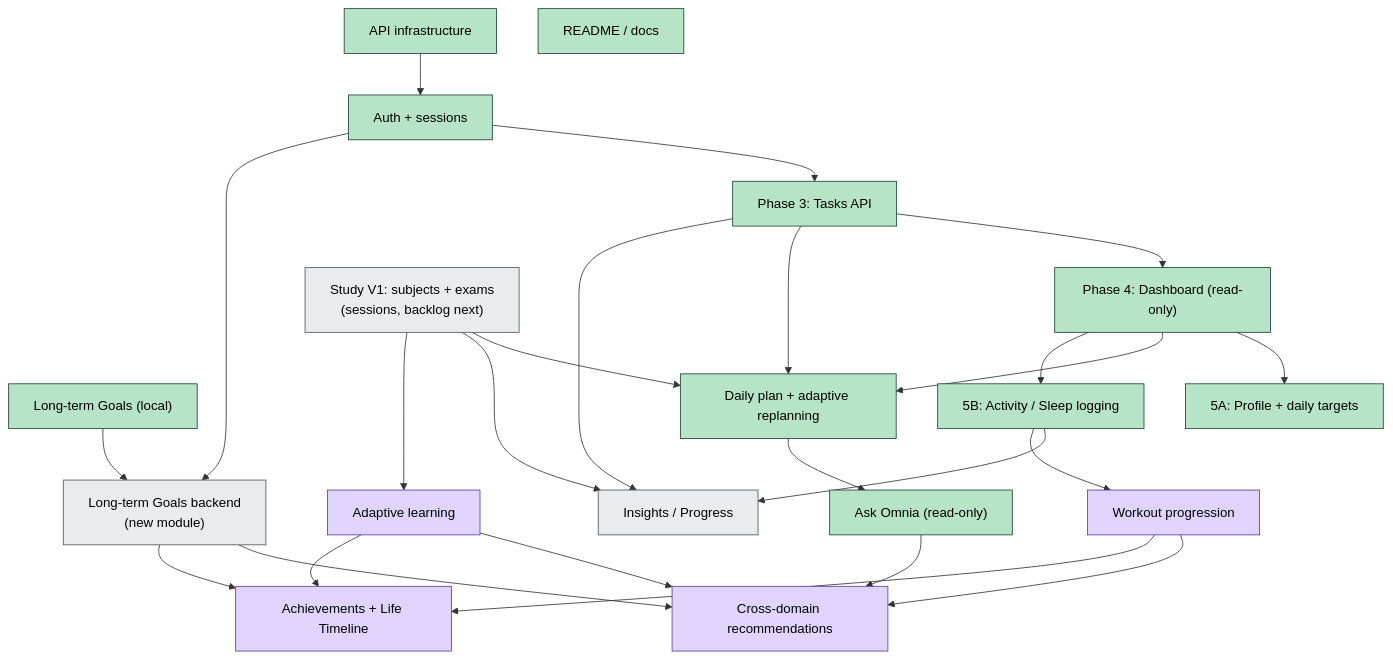
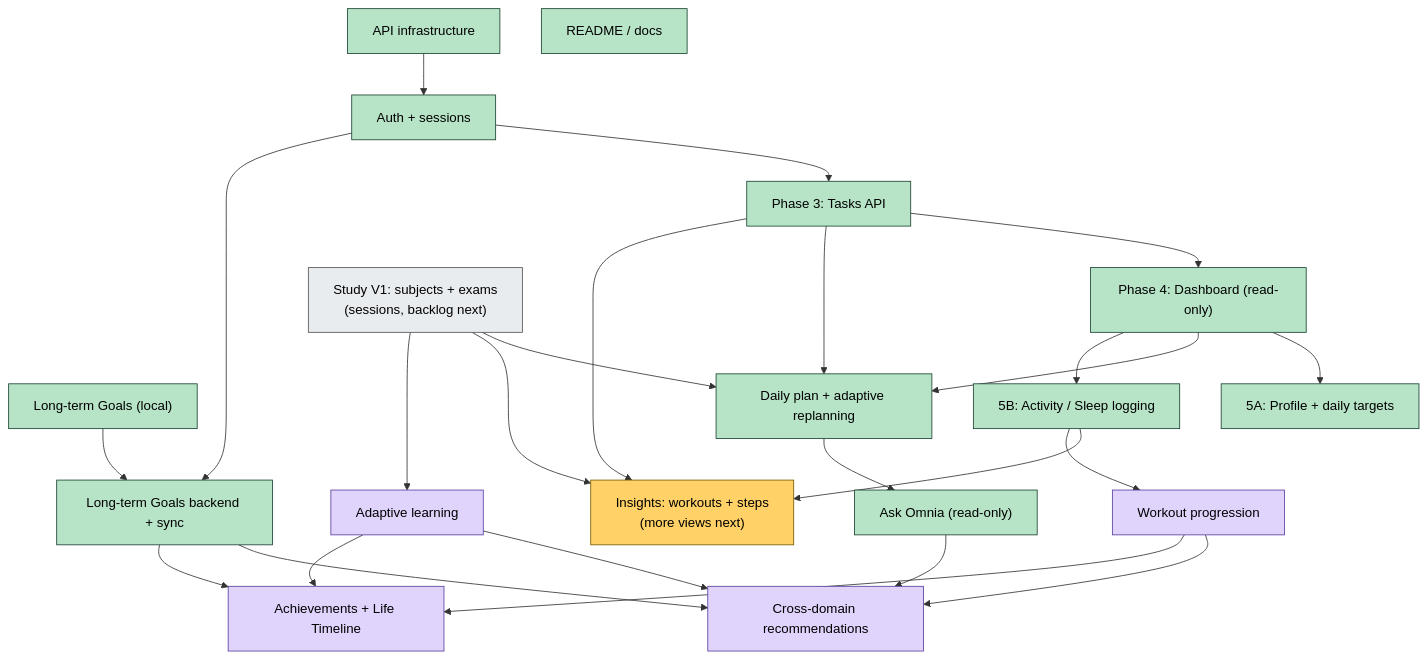
The diagram in docs/omnia-vault/Roadmap/Roadmap.md (Gaoher-1207/omnia), drawn with Mermaid before and after one commit. The commit also changed other lines of this file and 170 other files, not shown here.

````diff
--- a/docs/omnia-vault/Roadmap/Roadmap.md
+++ b/docs/omnia-vault/Roadmap/Roadmap.md
@@ -49,48 +75,48 @@
 ```mermaid
 flowchart TD
     classDef done fill:#b7e4c7,stroke:#1b4332,color:#000
     classDef next fill:#ffd166,stroke:#7a5c00,color:#000
     classDef later fill:#e9ecef,stroke:#555,color:#000
     classDef vision fill:#e0d4fd,stroke:#5a3fa0,color:#000
 
     G["Long-term Goals (local)"]:::done
     INF["API infrastructure"]:::done
     AUTH["Auth + sessions"]:::done
     DOC["README / docs"]:::done
     T["Phase 3: Tasks API"]:::done
     DASH["Phase 4: Dashboard (read-only)"]:::done
     TGT["5A: Profile + daily targets"]:::done
     PLAN["Daily plan + adaptive replanning"]:::done
     STUDY["Study V1: subjects + exams<br/>(sessions, backlog next)"]:::later
     TRACK["5B: Activity / Sleep logging"]:::done
-    INS["Insights / Progress"]:::later
-    GB["Long-term Goals backend<br/>(new module)"]:::later
+    INS["Insights: workouts + steps<br/>(more views next)"]:::next
+    GB["Long-term Goals backend + sync"]:::done
     AL["Adaptive learning"]:::vision
     FIT["Workout progression"]:::vision
     AIA["Ask Omnia (read-only)"]:::done
     XD["Cross-domain recommendations"]:::vision
     ACH["Achievements + Life Timeline"]:::vision
 
     INF --> AUTH --> T
     T --> DASH
     DASH --> TGT
     DASH --> PLAN
     T --> PLAN
     STUDY --> PLAN
     DASH --> TRACK
     TRACK --> INS
     T --> INS
     STUDY --> INS
     AUTH --> GB
     G --> GB
     STUDY --> AL
     TRACK --> FIT
     PLAN --> AIA
     AL --> XD
     FIT --> XD
     GB --> XD
     AIA --> XD
     GB --> ACH
     FIT --> ACH
     AL --> ACH
 ```
````
